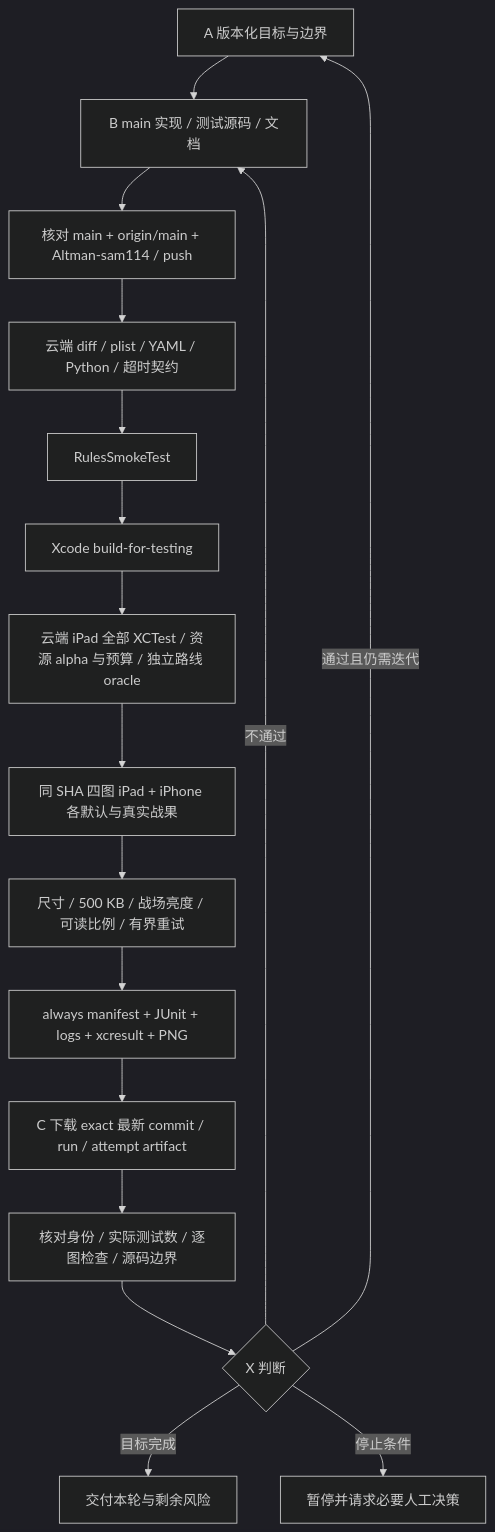
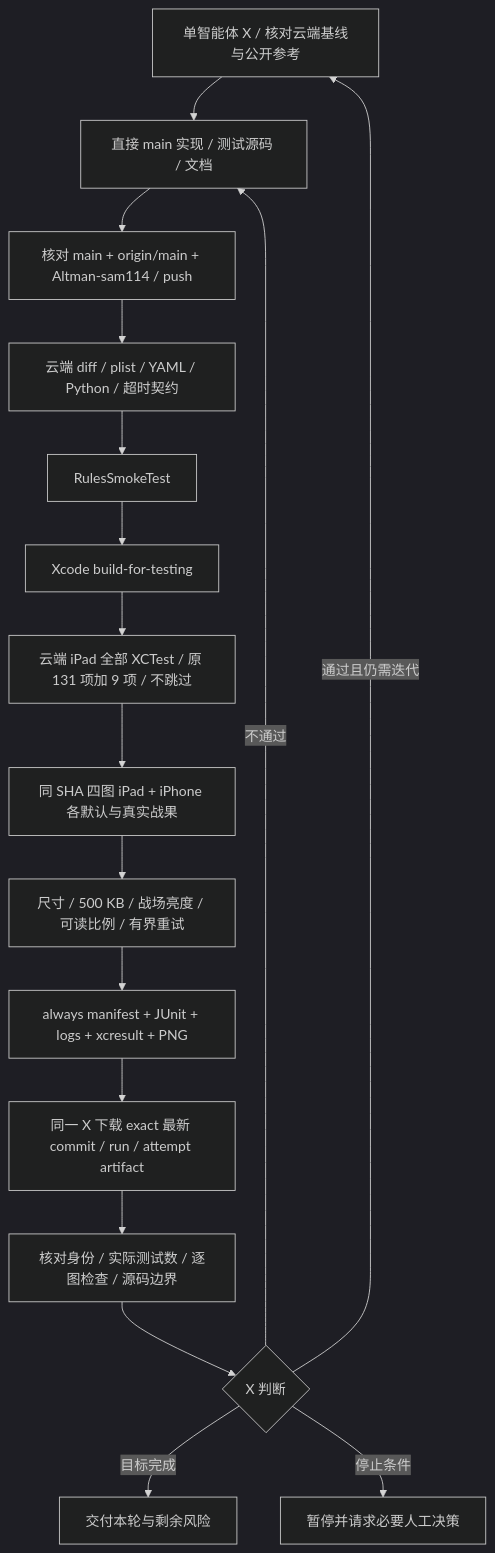
Before and after one commit to Altman-sam114/116: the third of 3 diagrams in md/flow/flowchart.md, drawn with Mermaid (dark theme). The commit also changed other lines of this file and 26 other files, not shown here.

````diff
--- a/md/flow/flowchart.md
+++ b/md/flow/flowchart.md
@@ -57,19 +62,19 @@
 ```mermaid
 flowchart TD
-    A[A 版本化目标与边界] --> B[B main 实现 / 测试源码 / 文档]
-    B --> Push[核对 main + origin/main + Altman-sam114 / push]
+    X[单智能体 X / 核对云端基线与公开参考] --> Implement[直接 main 实现 / 测试源码 / 文档]
+    Implement --> Push[核对 main + origin/main + Altman-sam114 / push]
     Push --> Static[云端 diff / plist / YAML / Python / 超时契约]
     Static --> Smoke[RulesSmokeTest]
     Smoke --> Build[Xcode build-for-testing]
-    Build --> XCTest[云端 iPad 全部 XCTest / 资源 alpha 与预算 / 独立路线 oracle]
+    Build --> XCTest[云端 iPad 全部 XCTest / 原 131 项加 9 项 / 不跳过]
     XCTest --> Four[同 SHA 四图 iPad + iPhone 各默认与真实战果]
     Four --> Gates[尺寸 / 500 KB / 战场亮度 / 可读比例 / 有界重试]
     Gates --> Package[always manifest + JUnit + logs + xcresult + PNG]
-    Package --> C[C 下载 exact 最新 commit / run / attempt artifact]
-    C --> Review[核对身份 / 实际测试数 / 逐图检查 / 源码边界]
+    Package --> Download[同一 X 下载 exact 最新 commit / run / attempt artifact]
+    Download --> Review[核对身份 / 实际测试数 / 逐图检查 / 源码边界]
     Review --> Decision{X 判断}
-    Decision -->|通过且仍需迭代| A
-    Decision -->|不通过| B
+    Decision -->|通过且仍需迭代| X
+    Decision -->|不通过| Implement
     Decision -->|目标完成| Done[交付本轮与剩余风险]
     Decision -->|停止条件| Stop[暂停并请求必要人工决策]
 ```
````
